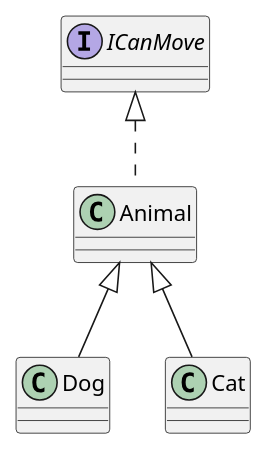
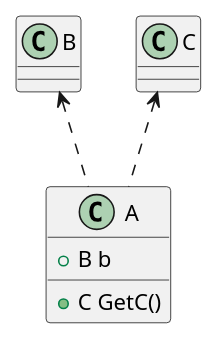
The second of 8 diagrams in PlantUML/Lesson03.md (ZhiZe-ZG/UMLLesson), drawn with PlantUML before and after one commit. The commit also changed other lines of this file and 1 other file, not shown here.

````diff
--- a/PlantUML/Lesson03.md
+++ b/PlantUML/Lesson03.md
@@ -33,19 +35,17 @@
-@startuml
-interface ICanMove{}
-
-class Animal{
+```PlantUML
+class B{
 
 }
 
-class Dog{
+class C{
 
 }
 
-class Cat{
-
+class A{
+    + B b
+    + C GetC()
 }
 
-Animal <|-- Dog
-Animal <|-- Cat
-ICanMove <|.. Animal
-@enduml
+B <.. A
+C <.. A
+```
````
